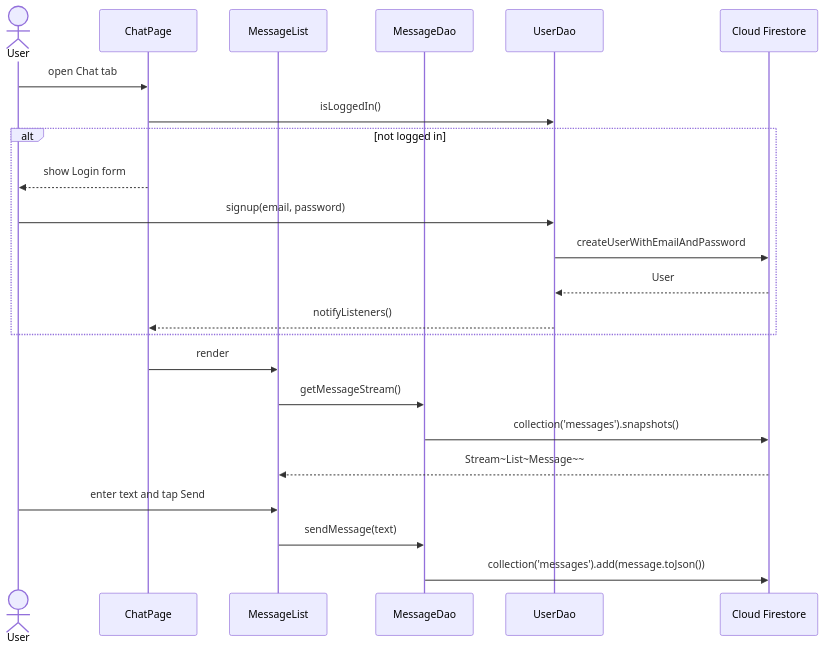
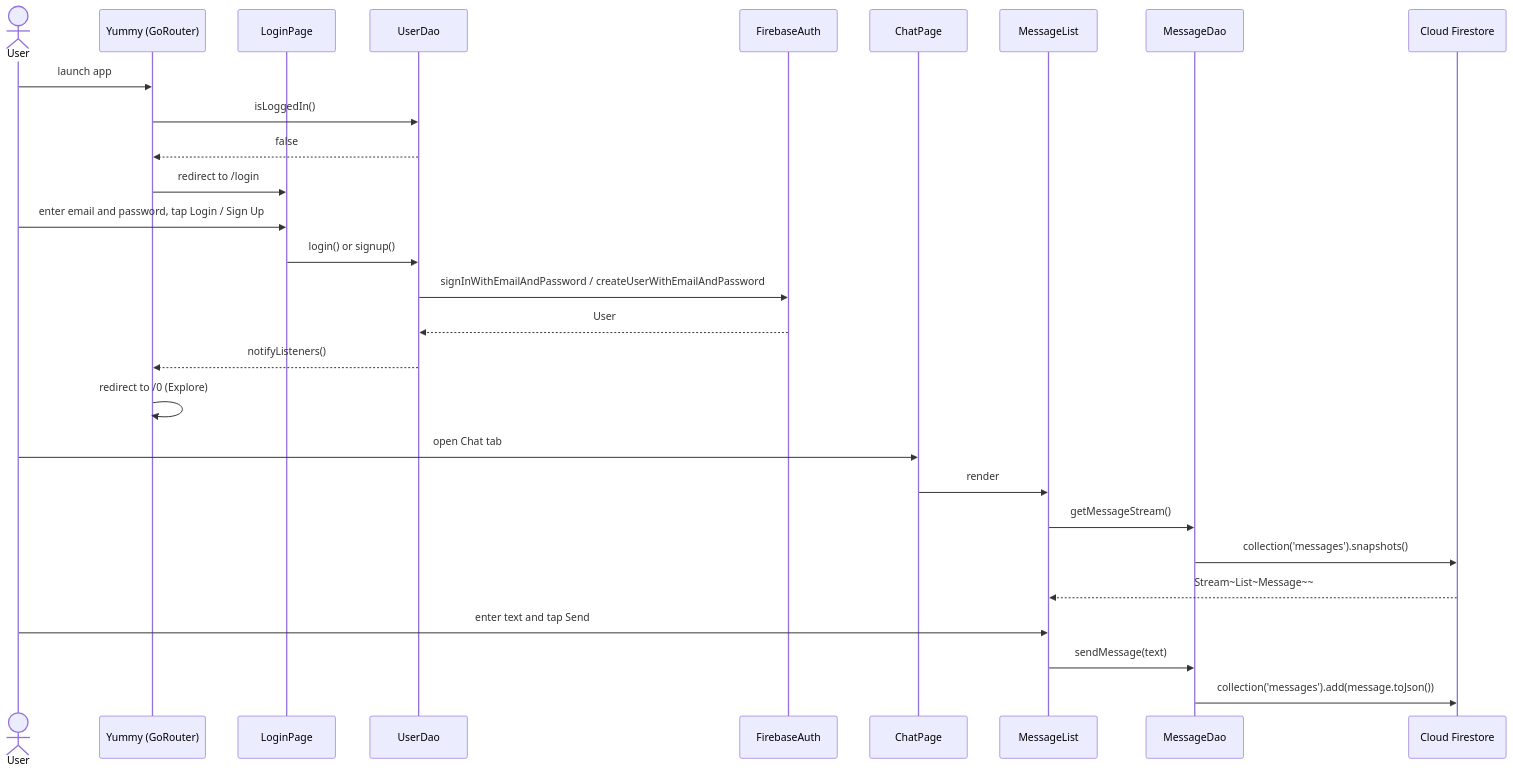
Before and after one commit to aidyn2007/Cross-platfor: the sixth of 6 diagrams in docs/architecture.md, drawn with Mermaid. The commit also changed other lines of this file and 9 other files, not shown here.

First line of the commit message:
Make Firebase login the startup screen; drop duplicate chat signup

````diff
--- a/docs/architecture.md
+++ b/docs/architecture.md
@@ -405,26 +387,32 @@
 ```mermaid
 sequenceDiagram
     actor User
+    participant App as Yummy (GoRouter)
+    participant LoginPage
+    participant UserDao
+    participant FirebaseAuth
     participant ChatPage
     participant MessageList
     participant MessageDao
-    participant UserDao
     participant Firestore as Cloud Firestore
 
+    User->>App: launch app
+    App->>UserDao: isLoggedIn()
+    UserDao-->>App: false
+    App->>LoginPage: redirect to /login
+    User->>LoginPage: enter email and password, tap Login / Sign Up
+    LoginPage->>UserDao: login() or signup()
+    UserDao->>FirebaseAuth: signInWithEmailAndPassword / createUserWithEmailAndPassword
+    FirebaseAuth-->>UserDao: User
+    UserDao-->>App: notifyListeners()
+    App->>App: redirect to /0 (Explore)
+
     User->>ChatPage: open Chat tab
-    ChatPage->>UserDao: isLoggedIn()
-    alt not logged in
-        ChatPage-->>User: show Login form
-        User->>UserDao: signup(email, password)
-        UserDao->>Firestore: createUserWithEmailAndPassword
-        Firestore-->>UserDao: User
-        UserDao-->>ChatPage: notifyListeners()
-    end
     ChatPage->>MessageList: render
     MessageList->>MessageDao: getMessageStream()
     MessageDao->>Firestore: collection('messages').snapshots()
     Firestore-->>MessageList: Stream~List~Message~~
     User->>MessageList: enter text and tap Send
     MessageList->>MessageDao: sendMessage(text)
     MessageDao->>Firestore: collection('messages').add(message.toJson())
 ```
````
